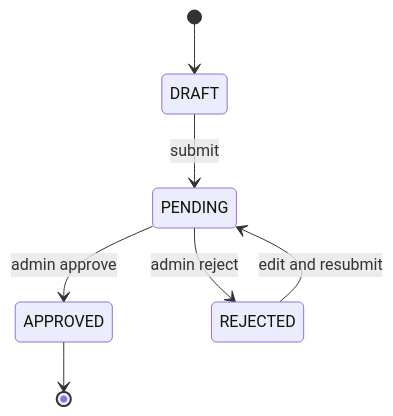
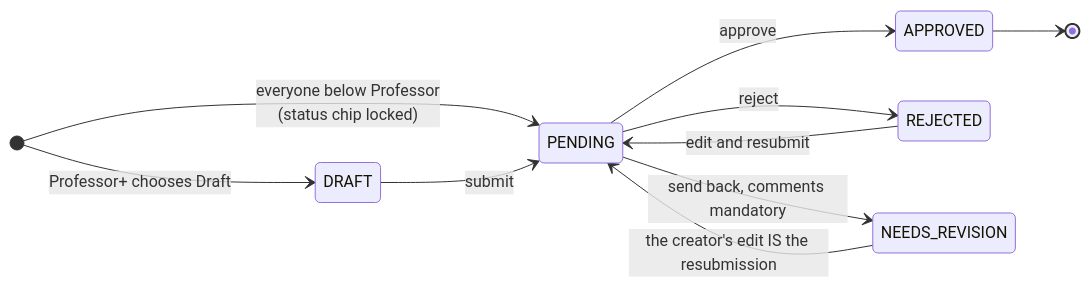
One commit to cxacraftecosystem-ui/documentation-portal changed diagram 11 of 13 in docs/ARCHITECTURE.md. Above: the diagram before and after it, drawn with Mermaid. The commit also changed other lines of this file and 278 other files, not shown here.

````diff
--- a/docs/ARCHITECTURE.md
+++ b/docs/ARCHITECTURE.md
@@ -210,9 +496,13 @@
 ```mermaid
 stateDiagram-v2
-  [*] --> DRAFT
+  direction LR
+  [*] --> DRAFT: Professor+ chooses Draft
+  [*] --> PENDING: everyone below Professor<br/>(status chip locked)
   DRAFT --> PENDING: submit
-  PENDING --> APPROVED: admin approve
-  PENDING --> REJECTED: admin reject
+  PENDING --> APPROVED: approve
+  PENDING --> REJECTED: reject
+  PENDING --> NEEDS_REVISION: send back, comments mandatory
+  NEEDS_REVISION --> PENDING: the creator's edit IS the resubmission
   REJECTED --> PENDING: edit and resubmit
   APPROVED --> [*]
 ```
````
